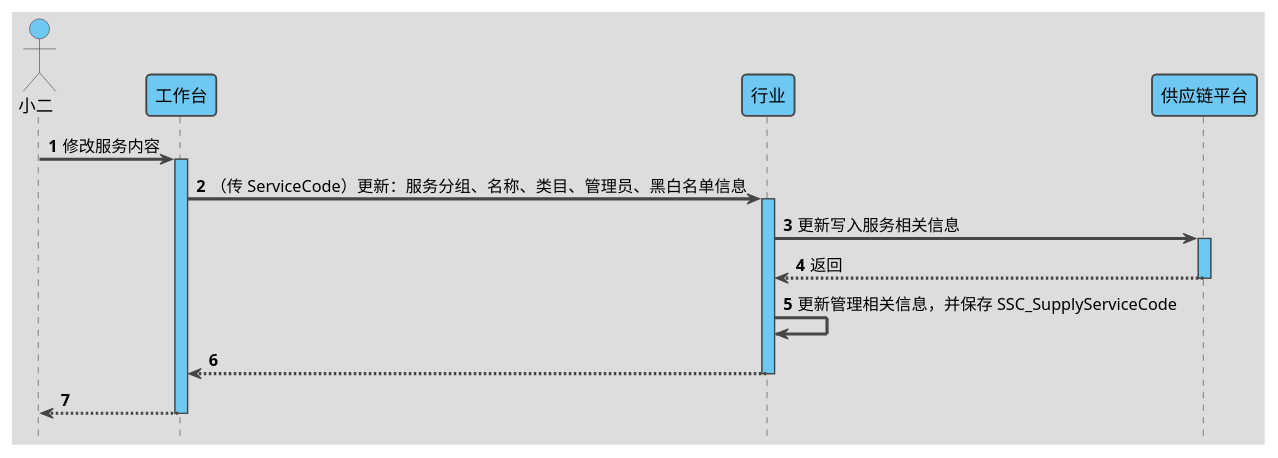
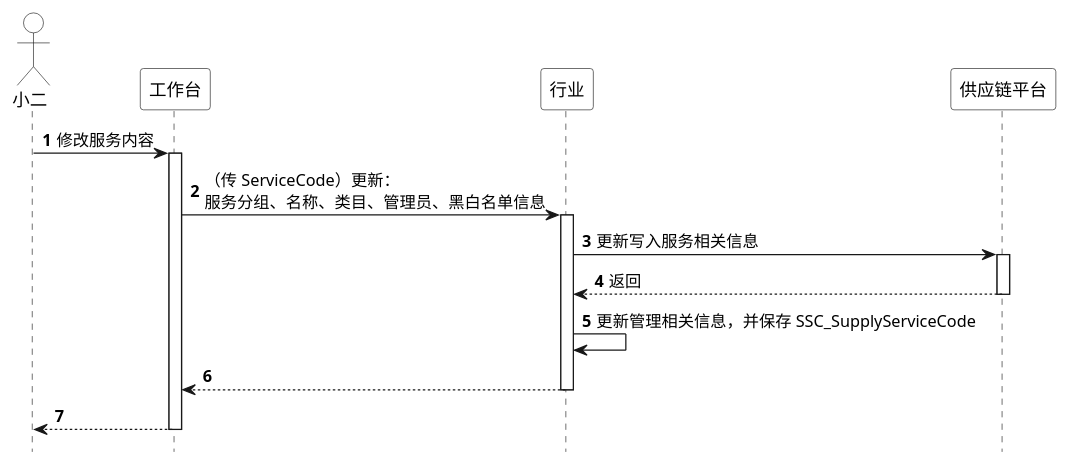
Before and after one commit to xauvlove/uml: the diagram in src/main/resource/品牌创新业务技术/服务商品/服务融合/修改服务.puml, drawn with PlantUML. The commit also changed 4 other files, not shown here.

```diff
--- a/src/main/resource/品牌创新业务技术/服务商品/服务融合/修改服务.puml
+++ b/src/main/resource/品牌创新业务技术/服务商品/服务融合/修改服务.puml
@@ -1,53 +1,51 @@
 @startuml
 'https://plantuml.com/sequence-diagram
 
 '隐藏脚注
 hide footbox
 
 '使用 toy 主题
-!theme toy
 
 
 '编号
 autonumber 1
 
 '隐藏孤立的参与者
 hide unlinked
 
 '文字对齐，向左对齐
 skinparam sequenceMessageAlign left
 
 '箭头粗度
-skinparam sequenceArrowThickness 2.5
+skinparam sequenceArrowThickness 1
 
 ' 皮肤
 skinparam sequence {
-    LifeLineBackgroundColor #6FC8F2
-    ParticipantBackgroundColor #6FC8F2
-    ParticipantFontColor black
-    ActorBackgroundColor #6FC8F2
-    ActorFontColor black
+    ParticipantBackgroundColor #white
+       ParticipantFontColor black
+       ActorBackgroundColor white
+       ActorFontColor black
 }
 
 actor 小二 as user
 participant 工作台 as ws
 participant 行业 as industry
 participant 供应链平台 as supply
 
 user -> ws : 修改服务内容
 activate ws
 
-ws -> industry : （传 ServiceCode）更新：服务分组、名称、类目、管理员、黑白名单信息
+ws -> industry : （传 ServiceCode）更新：\n服务分组、名称、类目、管理员、黑白名单信息
 activate industry
 
 industry -> supply : 更新写入服务相关信息
 activate supply
 return 返回
 
 industry -> industry : 更新管理相关信息，并保存 SSC_SupplyServiceCode
 return
 
 return
 
 
 @enduml
```
